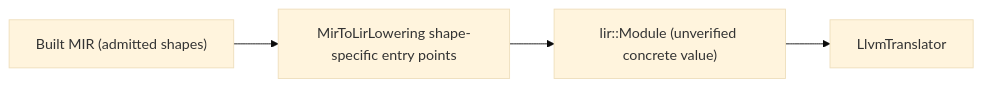
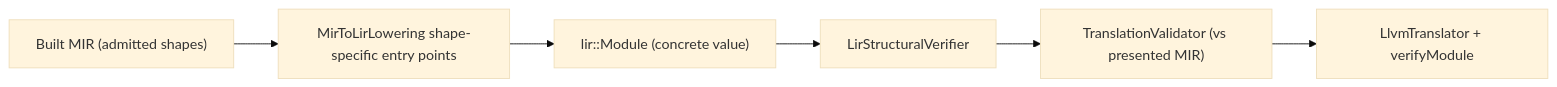
Before and after one commit to Zzzode/ZOM: the diagram in docs/design/ir/lir.md, drawn with Mermaid (base theme). The commit also changed other lines of this file and 2 other files, not shown here.

First line of the commit message:
docs(design): record LIR structural and translation verification stages

````diff
--- a/docs/design/ir/lir.md
+++ b/docs/design/ir/lir.md
@@ -27,6 +31,8 @@
 ```mermaid
 flowchart LR
     M["Built MIR (admitted shapes)"] --> L["MirToLirLowering shape-specific entry points"]
-    L --> LM["lir::Module (unverified concrete value)"]
-    LM --> T["LlvmTranslator"]
+    L --> LM["lir::Module (concrete value)"]
+    LM --> SV["LirStructuralVerifier"]
+    SV --> TV["TranslationValidator (vs presented MIR)"]
+    TV --> T["LlvmTranslator + verifyModule"]
 ```
````
